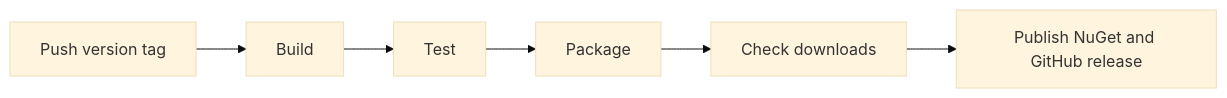
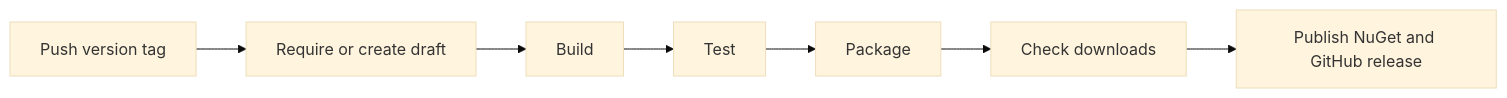
Before and after one commit to OssmSharp/OssmSharp: the diagram in docs/RELEASING.md, drawn with Mermaid (base theme). The commit also changed other lines of this file and 5 other files, not shown here.

````diff
--- a/docs/RELEASING.md
+++ b/docs/RELEASING.md
@@ -8,5 +8,5 @@
 ```mermaid
 flowchart LR
-    Tag[Push version tag] --> Build --> Test --> Package
+    Tag[Push version tag] --> Draft[Require or create draft] --> Build --> Test --> Package
     Package --> Verify[Check downloads] --> Publish[Publish NuGet and GitHub release]
 ```
````
